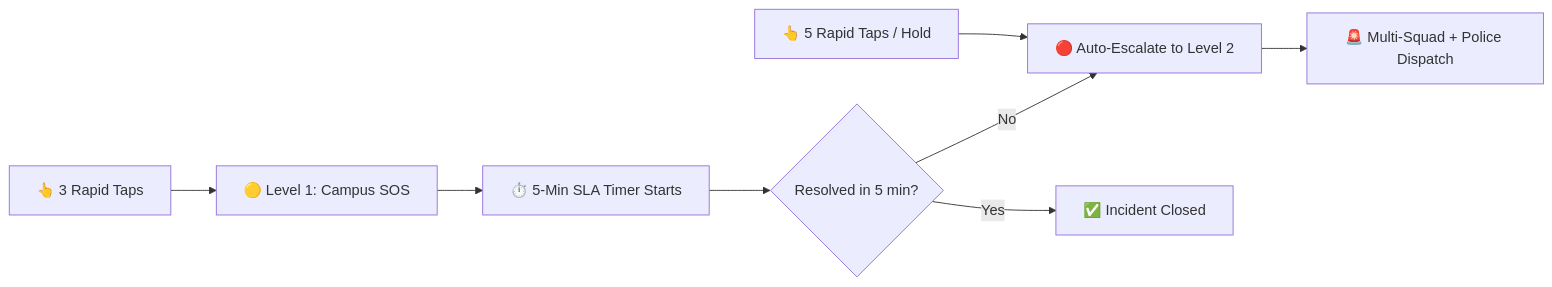
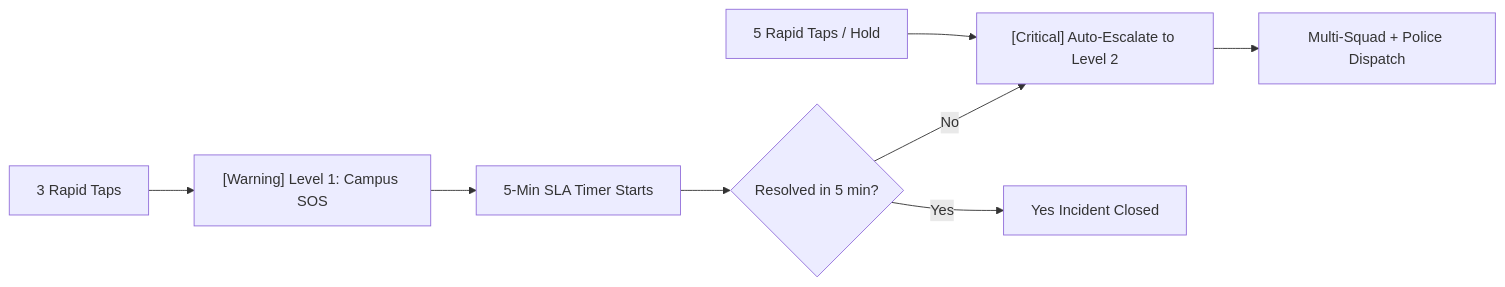
One commit to PrikshitGhangas/Luminous_BKP changed the second of 3 diagrams in README.md. Above: the diagram before and after it, drawn with Mermaid. The commit also changed other lines of this file and 29 other files, not shown here.

````diff
--- a/README.md
+++ b/README.md
@@ -274,11 +274,11 @@
 ```mermaid
 flowchart LR
-    A["👆 3 Rapid Taps"] --> B["🟡 Level 1: Campus SOS"]
-    B --> C["⏱️ 5-Min SLA Timer Starts"]
-    C --> D{"Resolved in 5 min?"}
-    D -- No --> E["🔴 Auto-Escalate to Level 2"]
-    D -- Yes --> F["✅ Incident Closed"]
-    
-    G["👆 5 Rapid Taps / Hold"] --> E
-    E --> H["🚨 Multi-Squad + Police Dispatch"]
+ A["3 Rapid Taps"] --> B["[Warning] Level 1: Campus SOS"]
+ B --> C[" 5-Min SLA Timer Starts"]
+ C --> D{"Resolved in 5 min?"}
+ D -- No --> E["[Critical] Auto-Escalate to Level 2"]
+ D -- Yes --> F["Yes Incident Closed"]
+ 
+ G["5 Rapid Taps / Hold"] --> E
+ E --> H[" Multi-Squad + Police Dispatch"]
 ```
````
